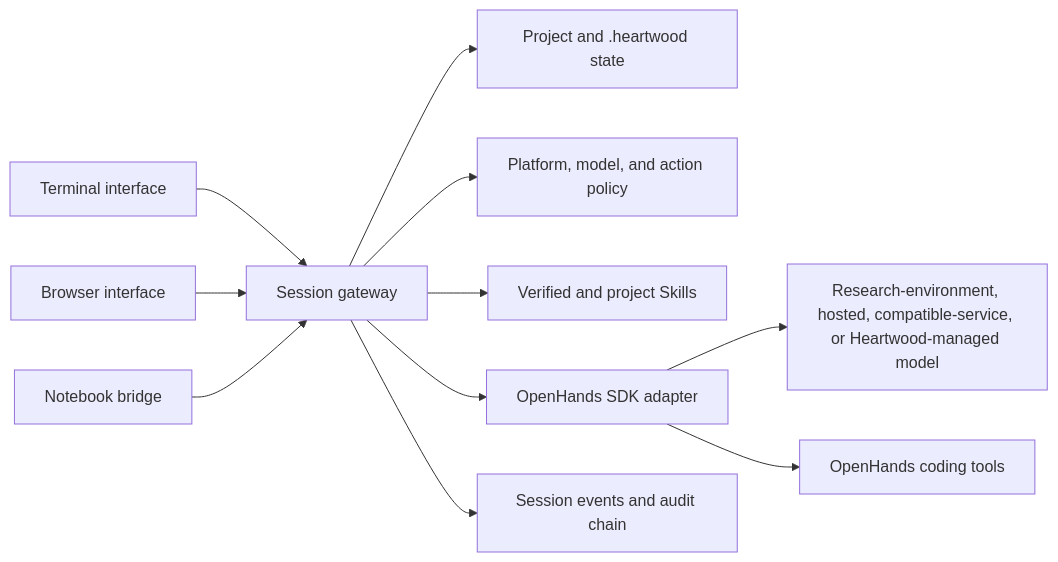
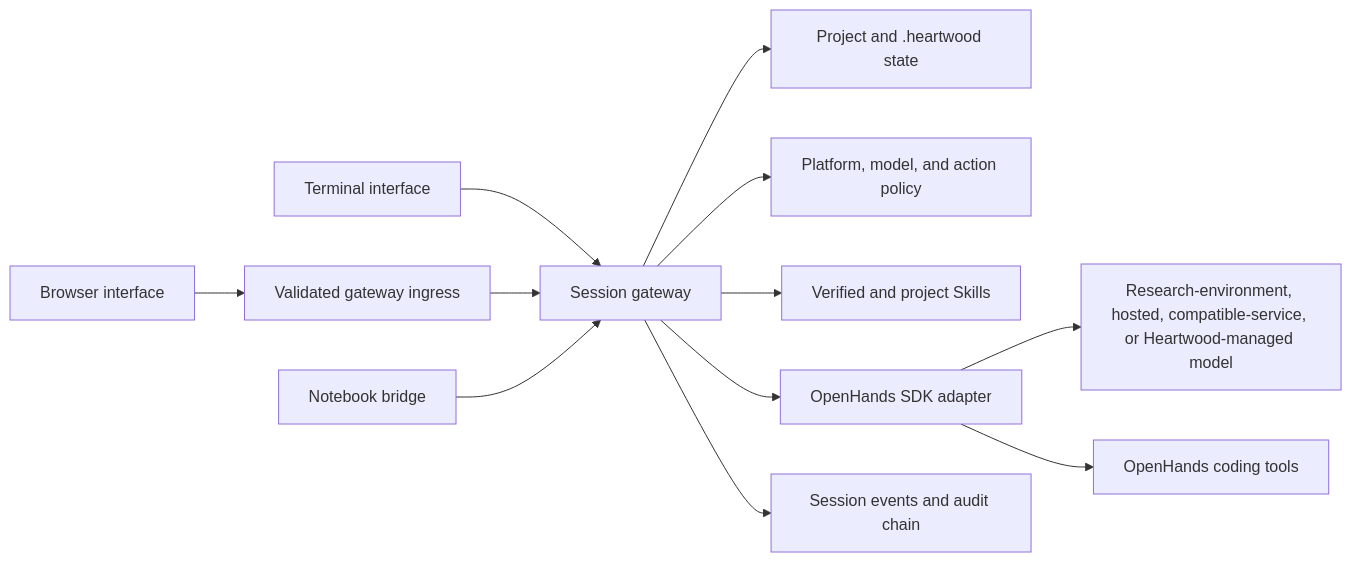
One commit to SchmiedmayerLab/heartwood changed the diagram in documentation/architecture/system.md. Above: the diagram before and after it, drawn with Mermaid. The commit also changed other lines of this file and 50 other files, not shown here.

First line of the commit message:
Harden Gateway Ingress and Model Credential Isolation (#102)

````diff
--- a/documentation/architecture/system.md
+++ b/documentation/architecture/system.md
@@ -12,13 +12,14 @@
 ```mermaid
 flowchart LR
     CLI["Terminal interface"] --> Gateway["Session gateway"]
-    Web["Browser interface"] --> Gateway
+    Web["Browser interface"] --> Ingress["Validated gateway ingress"]
+    Ingress --> Gateway
     Notebook["Notebook bridge"] --> Gateway
     Gateway --> Project["Project and .heartwood state"]
     Gateway --> Policy["Platform, model, and action policy"]
     Gateway --> Skills["Verified and project Skills"]
     Gateway --> Adapter["OpenHands SDK adapter"]
     Adapter --> Model["Research-environment, hosted, compatible-service, or Heartwood-managed model"]
     Adapter --> Tools["OpenHands coding tools"]
     Gateway --> Audit["Session events and audit chain"]
 ```
````
